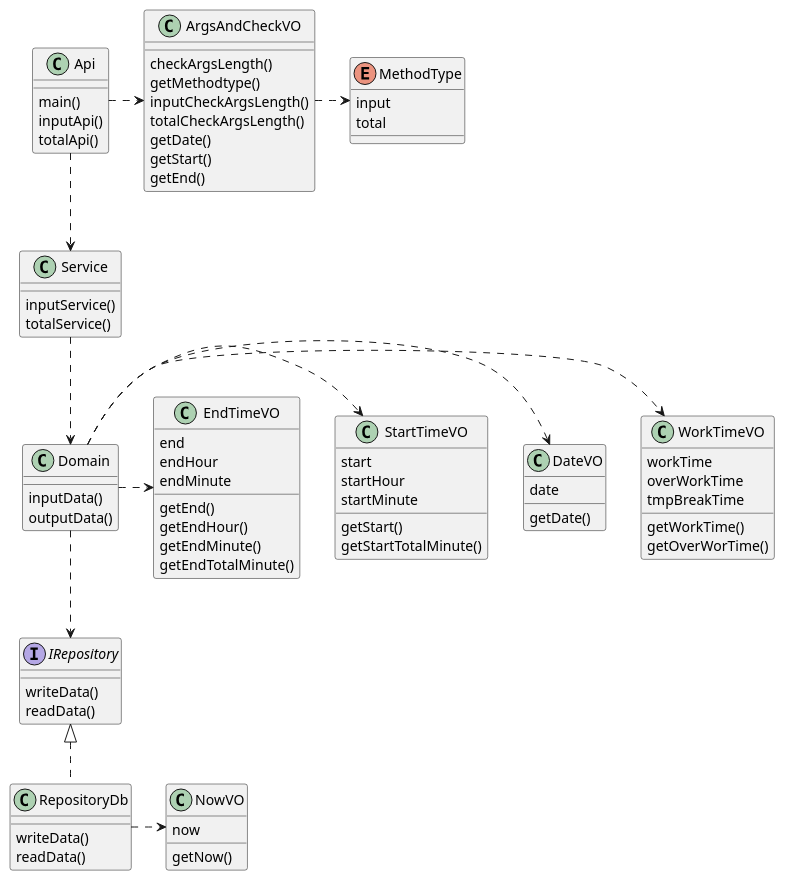
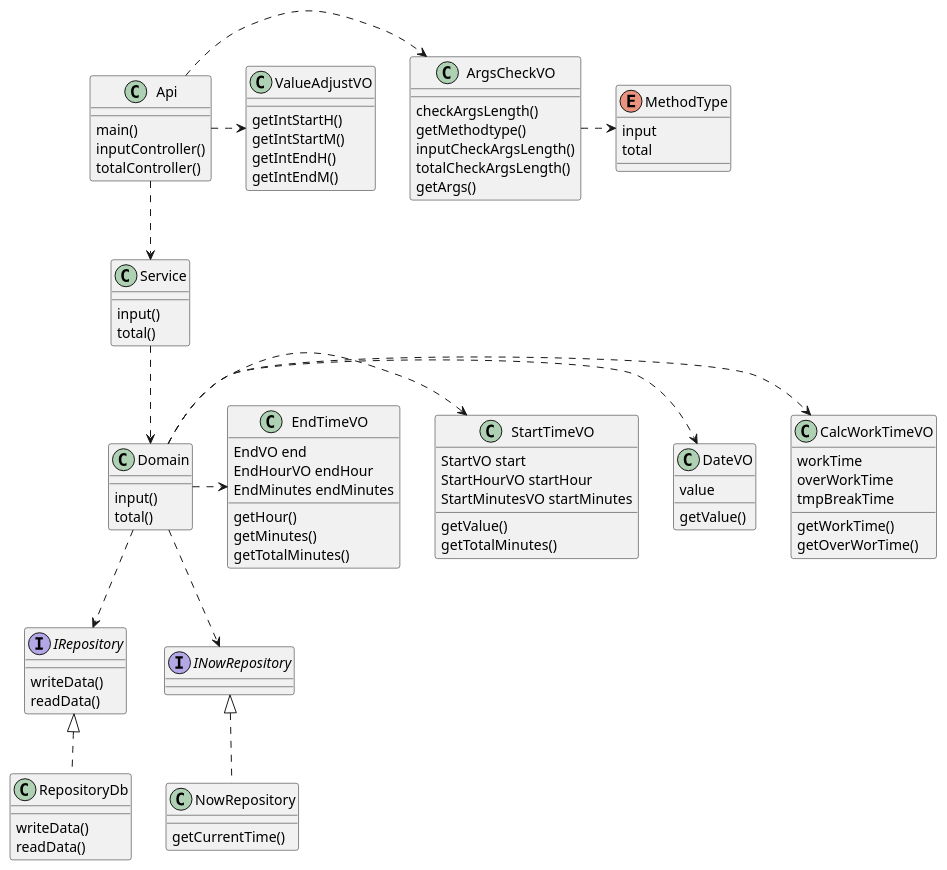
One commit to biglobe-isp/kintai changed the diagram in kintai.pu. Above: the diagram before and after it, drawn with PlantUML. The commit also changed 25 other files, not shown here.

```diff
--- a/kintai.pu
+++ b/kintai.pu
@@ -1,100 +1,107 @@
 @startuml
 'コメントアウト
 
 class Api {
   main()
-  inputApi()
-  totalApi()
+  inputController()
+  totalController()
 }
 
 
 class  Service {
-  inputService()
-  totalService()
+  input()
+  total()
 }
 
 class Domain {
-  inputData()
-  outputData()
+  input()
+  total()
 }
 
 interface IRepository {
   writeData()
   readData()
 }
 
 
 class RepositoryDb implements IRepository {
   writeData()
   readData()
 } 
 
-class ArgsAndCheckVO {
+class NowRepository implements INowRepository {
+  getCurrentTime()
+}
+
+
+class ArgsCheckVO {
   checkArgsLength()
   getMethodtype()
   inputCheckArgsLength()
   totalCheckArgsLength()
-  getDate()
-  getStart()
-  getEnd()
+  getArgs()
 }
 
 enum MethodType {
   input
   total
 }
 
 class DateVO {
-  date
-  getDate()
+  value
+  getValue()
 }
 
+
 class StartTimeVO {
-  start
-  startHour
-  startMinute
-  getStart()
-  getStartTotalMinute()
+  StartVO start
+  StartHourVO startHour
+  StartMinutesVO startMinutes
+  getValue()
+  getTotalMinutes()
 }
 
 
 class EndTimeVO {
-  end
-  endHour
-  endMinute
-  getEnd()
-  getEndHour()
-  getEndMinute()
-  getEndTotalMinute()
+  EndVO end
+  EndHourVO endHour
+  EndMinutes endMinutes
+  getHour()
+  getMinutes()
+  getTotalMinutes()
 }
 
-class WorkTimeVO {
+class CalcWorkTimeVO {
   workTime
   overWorkTime
   tmpBreakTime
   getWorkTime()
   getOverWorTime()
 }
 
-class NowVO {
-  now
-  getNow()
+class ValueAdjustVO {
+  getIntStartH()
+  getIntStartM()
+  getIntEndH()
+  getIntEndM()
 }
 
 
 Api .down.> Service
 Service .down.> Domain
 Domain .down.> IRepository
+Domain .down.> INowRepository
 
-Api .right.> ArgsAndCheckVO
-ArgsAndCheckVO .right.> MethodType
+Api .right.> ArgsCheckVO
+ArgsCheckVO .right.> MethodType
+Api .right.> ValueAdjustVO
 
-Domain .right.> WorkTimeVO
+
+Domain .right.> CalcWorkTimeVO
 Domain .right.> DateVO
 Domain .right.> StartTimeVO
 Domain .right.> EndTimeVO
 
-RepositoryDb .right.> NowVO
 
 
 @enduml
```
